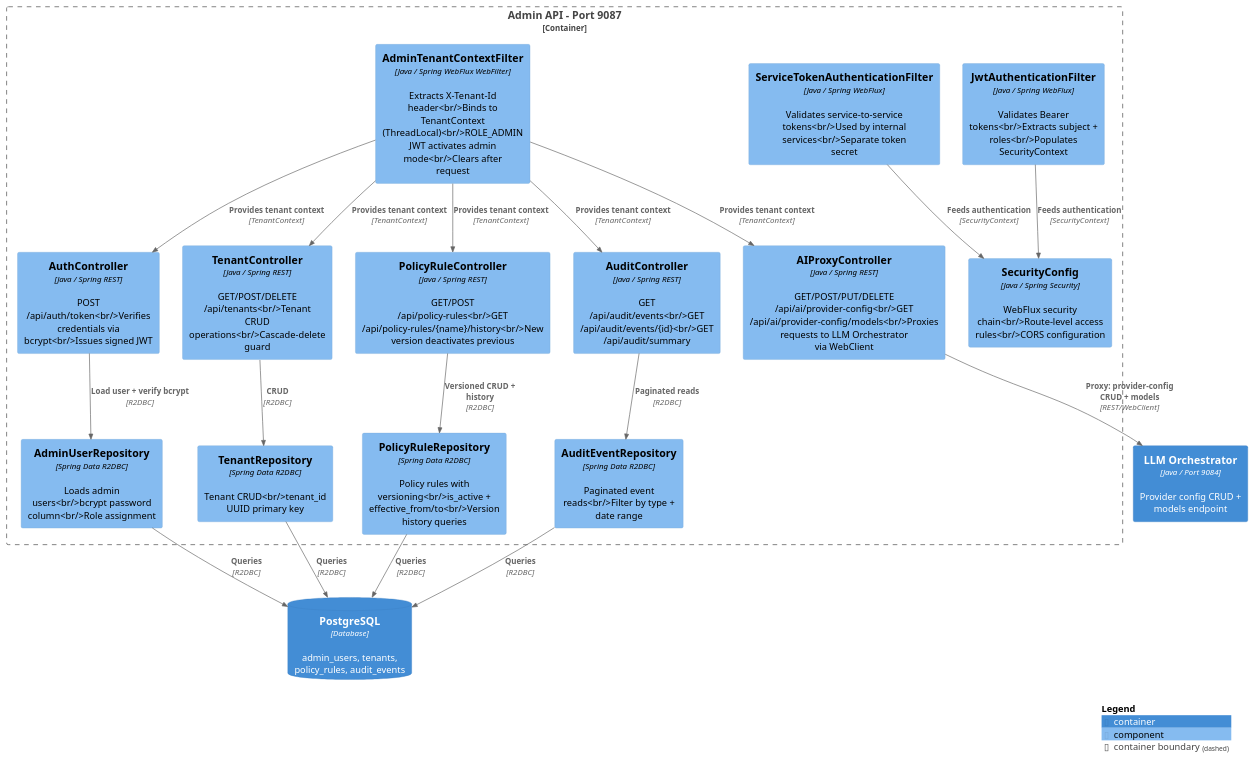
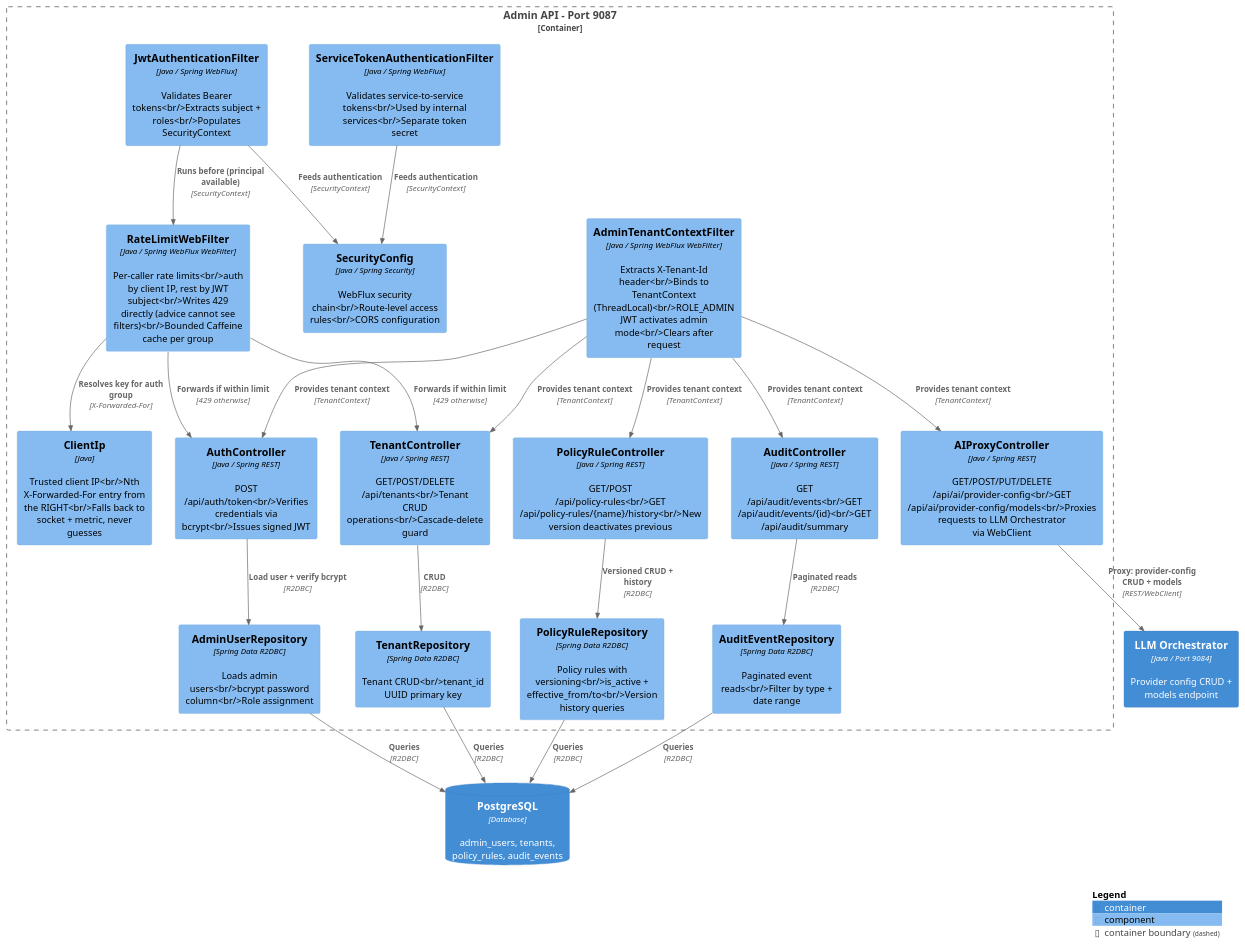
Before and after one commit to theyellow/ecip: the diagram in documentation/diagrams/c3-admin-api.puml, drawn with PlantUML. The commit also changed 33 other files, not shown here.

First line of the commit message:
feat(p3.6): per-user/IP rate limiting with trusted client IP (#239)

```diff
--- a/documentation/diagrams/c3-admin-api.puml
+++ b/documentation/diagrams/c3-admin-api.puml
@@ -1,66 +1,75 @@
 @startuml C3_Admin_API
 !include https://raw.githubusercontent.com/plantuml-stdlib/C4-PlantUML/master/C4_Component.puml
 
 ' Purpose: Component-level view of Admin API — auth, tenant, policy rule, audit controllers
 ' Used in: architecture-guide.adoc - Component Details section
 
 LAYOUT_WITH_LEGEND()
 
 Container_Boundary(admin_api, "Admin API - Port 9087") {
 
     ' Security Layer
     Component(jwt_filter, "JwtAuthenticationFilter", "Java / Spring WebFlux", "Validates Bearer tokens<br/>Extracts subject + roles<br/>Populates SecurityContext")
 
     Component(svc_token_filter, "ServiceTokenAuthenticationFilter", "Java / Spring WebFlux", "Validates service-to-service tokens<br/>Used by internal services<br/>Separate token secret")
 
     Component(security_config, "SecurityConfig", "Java / Spring Security", "WebFlux security chain<br/>Route-level access rules<br/>CORS configuration")
 
     Component(tenant_filter, "AdminTenantContextFilter", "Java / Spring WebFlux WebFilter", "Extracts X-Tenant-Id header<br/>Binds to TenantContext (ThreadLocal)<br/>ROLE_ADMIN JWT activates admin mode<br/>Clears after request")
+
+    Component(rate_limit_filter, "RateLimitWebFilter", "Java / Spring WebFlux WebFilter", "Per-caller rate limits<br/>auth by client IP, rest by JWT subject<br/>Writes 429 directly (advice cannot see filters)<br/>Bounded Caffeine cache per group")
+
+    Component(client_ip, "ClientIp", "Java", "Trusted client IP<br/>Nth X-Forwarded-For entry from the RIGHT<br/>Falls back to socket + metric, never guesses")
 
     ' Controllers
     Component(auth_ctrl, "AuthController", "Java / Spring REST", "POST /api/auth/token<br/>Verifies credentials via bcrypt<br/>Issues signed JWT")
 
     Component(tenant_ctrl, "TenantController", "Java / Spring REST", "GET/POST/DELETE /api/tenants<br/>Tenant CRUD operations<br/>Cascade-delete guard")
 
     Component(policy_ctrl, "PolicyRuleController", "Java / Spring REST", "GET/POST /api/policy-rules<br/>GET /api/policy-rules/{name}/history<br/>New version deactivates previous")
 
     Component(audit_ctrl, "AuditController", "Java / Spring REST", "GET /api/audit/events<br/>GET /api/audit/events/{id}<br/>GET /api/audit/summary")
 
     Component(ai_proxy_ctrl, "AIProxyController", "Java / Spring REST", "GET/POST/PUT/DELETE /api/ai/provider-config<br/>GET /api/ai/provider-config/models<br/>Proxies requests to LLM Orchestrator via WebClient")
 
     ' Repositories (R2DBC)
     Component(admin_user_repo, "AdminUserRepository", "Spring Data R2DBC", "Loads admin users<br/>bcrypt password column<br/>Role assignment")
 
     Component(tenant_repo, "TenantRepository", "Spring Data R2DBC", "Tenant CRUD<br/>tenant_id UUID primary key")
 
     Component(policy_repo, "PolicyRuleRepository", "Spring Data R2DBC", "Policy rules with versioning<br/>is_active + effective_from/to<br/>Version history queries")
 
     Component(audit_repo, "AuditEventRepository", "Spring Data R2DBC", "Paginated event reads<br/>Filter by type + date range")
 }
 
 ContainerDb(postgres, "PostgreSQL", "Database", "admin_users, tenants, policy_rules, audit_events")
 Container(llm_orchestrator, "LLM Orchestrator", "Java / Port 9084", "Provider config CRUD + models endpoint")
 
 ' Request path
 Rel(jwt_filter, security_config, "Feeds authentication", "SecurityContext")
 Rel(svc_token_filter, security_config, "Feeds authentication", "SecurityContext")
+Rel(jwt_filter, rate_limit_filter, "Runs before (principal available)", "SecurityContext")
+Rel(rate_limit_filter, client_ip, "Resolves key for auth group", "X-Forwarded-For")
+Rel(rate_limit_filter, auth_ctrl, "Forwards if within limit", "429 otherwise")
+Rel(rate_limit_filter, tenant_ctrl, "Forwards if within limit", "429 otherwise")
+
 Rel(tenant_filter, auth_ctrl, "Provides tenant context", "TenantContext")
 Rel(tenant_filter, tenant_ctrl, "Provides tenant context", "TenantContext")
 Rel(tenant_filter, policy_ctrl, "Provides tenant context", "TenantContext")
 Rel(tenant_filter, audit_ctrl, "Provides tenant context", "TenantContext")
 
 Rel(auth_ctrl, admin_user_repo, "Load user + verify bcrypt", "R2DBC")
 Rel(tenant_ctrl, tenant_repo, "CRUD", "R2DBC")
 Rel(policy_ctrl, policy_repo, "Versioned CRUD + history", "R2DBC")
 Rel(audit_ctrl, audit_repo, "Paginated reads", "R2DBC")
 
 Rel(admin_user_repo, postgres, "Queries", "R2DBC")
 Rel(tenant_repo, postgres, "Queries", "R2DBC")
 Rel(policy_repo, postgres, "Queries", "R2DBC")
 Rel(audit_repo, postgres, "Queries", "R2DBC")
 
 Rel(tenant_filter, ai_proxy_ctrl, "Provides tenant context", "TenantContext")
 Rel(ai_proxy_ctrl, llm_orchestrator, "Proxy: provider-config CRUD + models", "REST/WebClient")
 
 SHOW_LEGEND()
 @enduml
```
